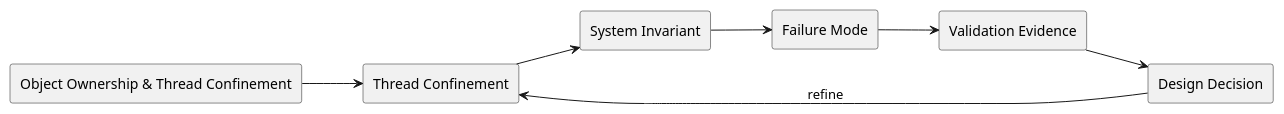
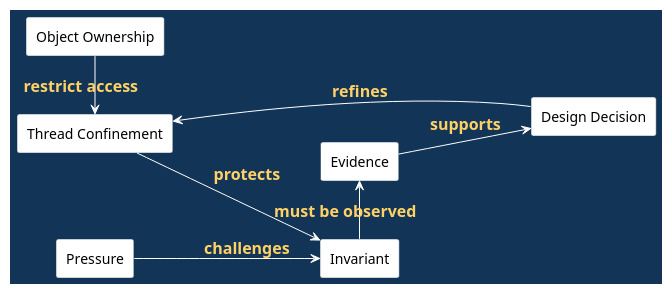
Before and after one commit to madajaju/CS5254: the first of 11 diagrams in doc/lectures/week4/object_ownership/README.slides.adoc, drawn with PlantUML. The commit also changed other lines of this file and 62 other files, not shown here.

```diff
--- a/doc/lectures/week4/object_ownership/README.slides.adoc
+++ b/doc/lectures/week4/object_ownership/README.slides.adoc
@@ -54,22 +13,32 @@
-[plantuml, target=architecture, format=svg, width=80%]
+[plantuml,ownership-pressure-map,svg,width=100%]
 ----
 @startuml
-skinparam monochrome true
+skinparam BackgroundColor #123456
+skinparam DefaultFontColor white
+skinparam ArrowColor white
+skinparam ArrowFontColor #ffd166
+skinparam ArrowFontStyle bold
+skinparam ArrowFontSize 16
 skinparam shadowing false
+skinparam rectangle {
+  BackgroundColor white
+  FontColor black
+  BorderColor #123456
+}
 left to right direction
 
-rectangle "Object Ownership & Thread Confinement" as Topic
-rectangle "Thread Confinement" as A
-rectangle "System Invariant" as B
-rectangle "Failure Mode" as C
-rectangle "Validation Evidence" as V
+rectangle "Object Ownership" as O
+rectangle "Thread Confinement" as T
+rectangle "Invariant" as I
+rectangle "Pressure" as P
+rectangle "Evidence" as E
 rectangle "Design Decision" as D
 
-Topic --> A
-A --> B
-B --> C
-C --> V
-V --> D
-D --> A : refine
+O -> T : restrict access
+T --> I : protects
+P --> I : challenges
+I -> E : must be observed
+E --> D : supports
+D --> T : refines
 @enduml
 ----
```
